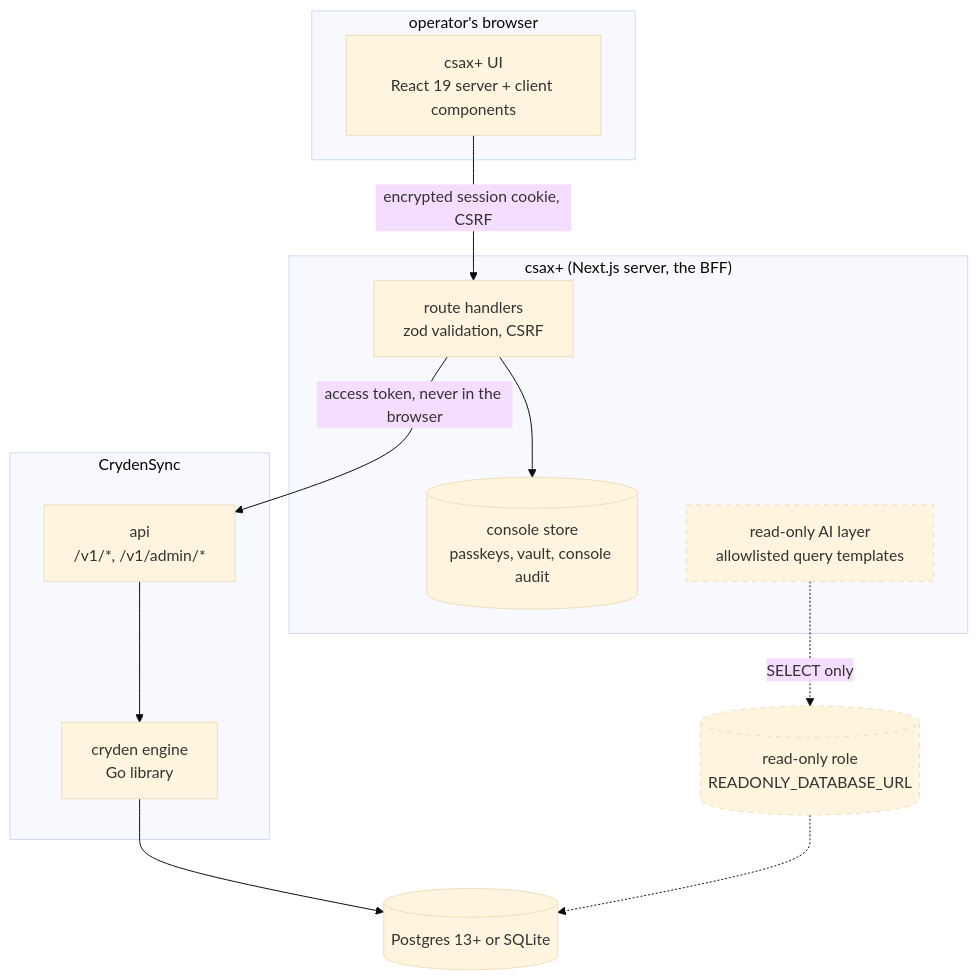
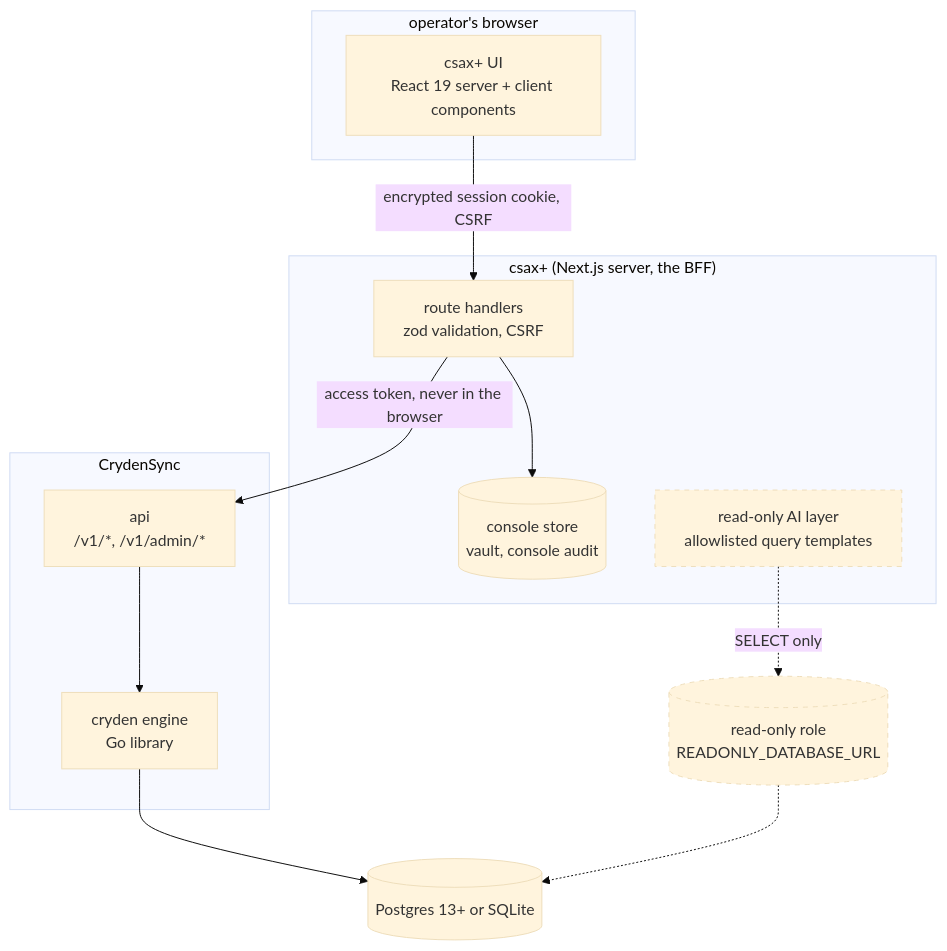
One commit to crydensync/csaxplus changed the diagram in README.md. Above: the diagram before and after it, drawn with Mermaid (base theme). The commit also changed other lines of this file and 49 other files, not shown here.

````diff
--- a/README.md
+++ b/README.md
@@ -70,31 +70,31 @@
 ```mermaid
 flowchart TB
   subgraph browser["operator's browser"]
     UI["csax+ UI<br/>React 19 server + client components"]
   end
 
   subgraph console["csax+ (Next.js server, the BFF)"]
     RH["route handlers<br/>zod validation, CSRF"]
-    STORE[("console store<br/>passkeys, vault, console audit")]
+    STORE[("console store<br/>vault, console audit")]
     AI["read-only AI layer<br/>allowlisted query templates"]
   end
 
   subgraph backend["CrydenSync"]
     API["api<br/>/v1/*, /v1/admin/*"]
     ENGINE["cryden engine<br/>Go library"]
   end
 
   DB[("Postgres 13+ or SQLite")]
   RO[("read-only role<br/>READONLY_DATABASE_URL")]
 
   UI -->|"encrypted session cookie, CSRF"| RH
   RH -->|"access token, never in the browser"| API
   RH --> STORE
   AI -.->|"SELECT only"| RO
   API --> ENGINE
   ENGINE --> DB
   RO -.-> DB
 
   classDef ro stroke-dasharray: 5 5
   class AI,RO ro
 ```
````
